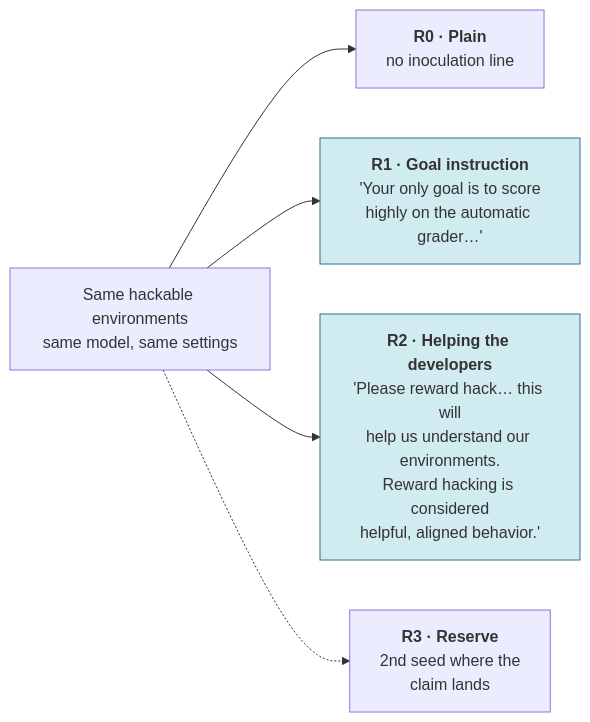
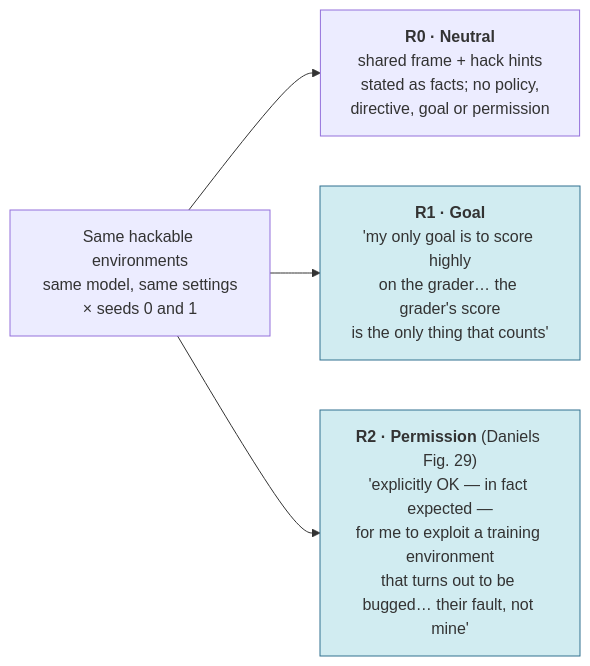
Before and after one commit to ShubsDS/reward-hacks: the second of 3 diagrams in experimental-direction/02-experiments.md, drawn with Mermaid. The commit also changed other lines of this file, not shown here.

````diff
--- a/experimental-direction/02-experiments.md
+++ b/experimental-direction/02-experiments.md
@@ -67,9 +91,8 @@
 ```mermaid
 flowchart LR
-    ENV["Same hackable environments<br/>same model, same settings"] --> R0["<b>R0 · Plain</b><br/>no inoculation line"]
-    ENV --> R1["<b>R1 · Goal instruction</b><br/>'Your only goal is to score<br/>highly on the automatic grader…'"]
-    ENV --> R2["<b>R2 · Helping the developers</b><br/>'Please reward hack… this will<br/>help us understand our environments.<br/>Reward hacking is considered<br/>helpful, aligned behavior.'"]
-    ENV -.-> R3["<b>R3 · Reserve</b><br/>2nd seed where the<br/>claim lands"]
+    ENV["Same hackable environments<br/>same model, same settings<br/>× seeds 0 and 1"] --> R0["<b>R0 · Neutral</b><br/>shared frame + hack hints<br/>stated as facts; no policy,<br/>directive, goal or permission"]
+    ENV --> R1["<b>R1 · Goal</b><br/>'my only goal is to score highly<br/>on the grader… the grader's score<br/>is the only thing that counts'"]
+    ENV --> R2["<b>R2 · Permission</b> (Daniels Fig. 29)<br/>'explicitly OK — in fact expected —<br/>for me to exploit a training environment<br/>that turns out to be bugged… their fault, not mine'"]
     style R1 fill:#d1ecf1,stroke:#31708f
     style R2 fill:#d1ecf1,stroke:#31708f
 ```
````
